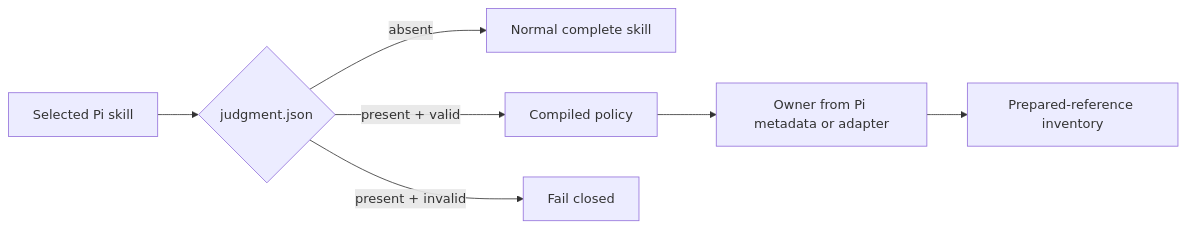
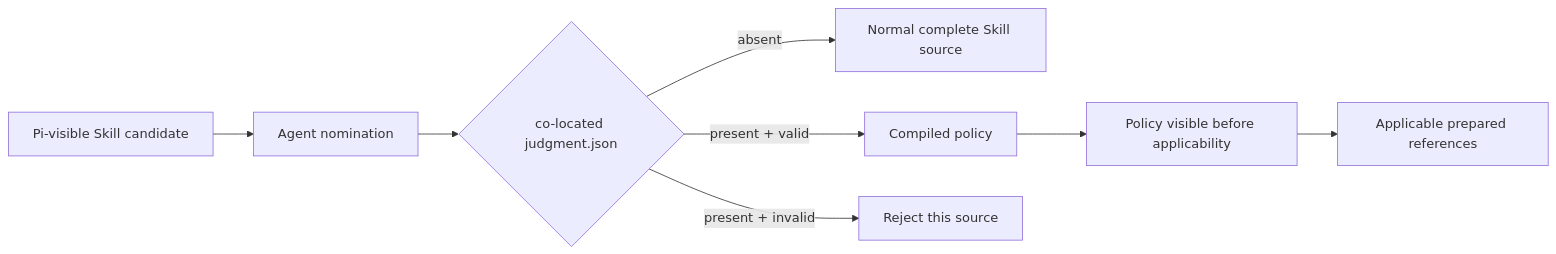
Before and after one commit to dev-hobin/agent: the first of 4 diagrams in packages/judgment/docs/runtime-flow.md, drawn with Mermaid. The commit also changed other lines of this file and 24 other files, not shown here.

````diff
--- a/packages/judgment/docs/runtime-flow.md
+++ b/packages/judgment/docs/runtime-flow.md
@@ -9,9 +8,10 @@
 ```mermaid
 flowchart LR
-  S[Selected Pi skill] --> P{judgment.json}
-  P -->|absent| N[Normal complete skill]
-  P -->|present + valid| C[Compiled policy]
-  P -->|present + invalid| X[Fail closed]
-  C --> O[Owner from Pi metadata or adapter]
-  O --> I[Prepared-reference inventory]
+  C[Pi-visible Skill candidate] --> N[Agent nomination]
+  N --> P{co-located judgment.json}
+  P -->|absent| S[Normal complete Skill source]
+  P -->|present + valid| V[Compiled policy]
+  P -->|present + invalid| X[Reject this source]
+  V --> A[Policy visible before applicability]
+  A --> R[Applicable prepared references]
 ```
````
